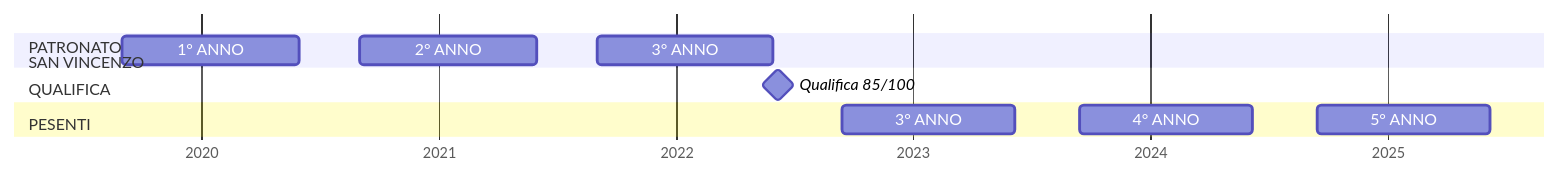
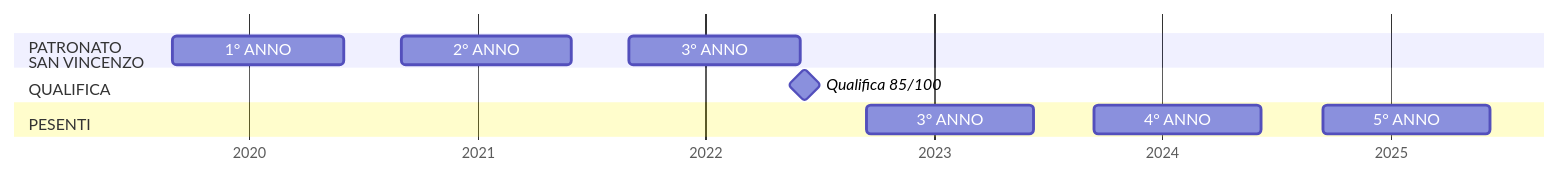
Before and after one commit to Laaouatni/PTCO-esame-MERMAID: the diagram in PTCO.md, drawn with Mermaid.

````diff
--- a/PTCO.md
+++ b/PTCO.md
@@ -1,21 +1,22 @@
 ```mermaid
 ---
 displayMode: compact
 ---
+%%{init: { 'gantt': {'leftPadding': 110}} }%%
 gantt
     dateFormat  DD-MM-YYYY
     axisFormat  %Y
 
     section PATRONATO<BR>SAN VINCENZO
         1° ANNO: 01-09-2019,31-05-2020
         2° ANNO: 01-09-2020,31-05-2021
         3° ANNO: 01-09-2021,31-05-2022
 
     section QUALIFICA
         Qualifica 85/100 :milestone, 15-06-2022
 
     section PESENTI
         3° ANNO: 14-09-2022,08-06-2023
         4° ANNO: 14-09-2023,08-06-2024
         5° ANNO: 14-09-2024,08-06-2025
 ```
````
